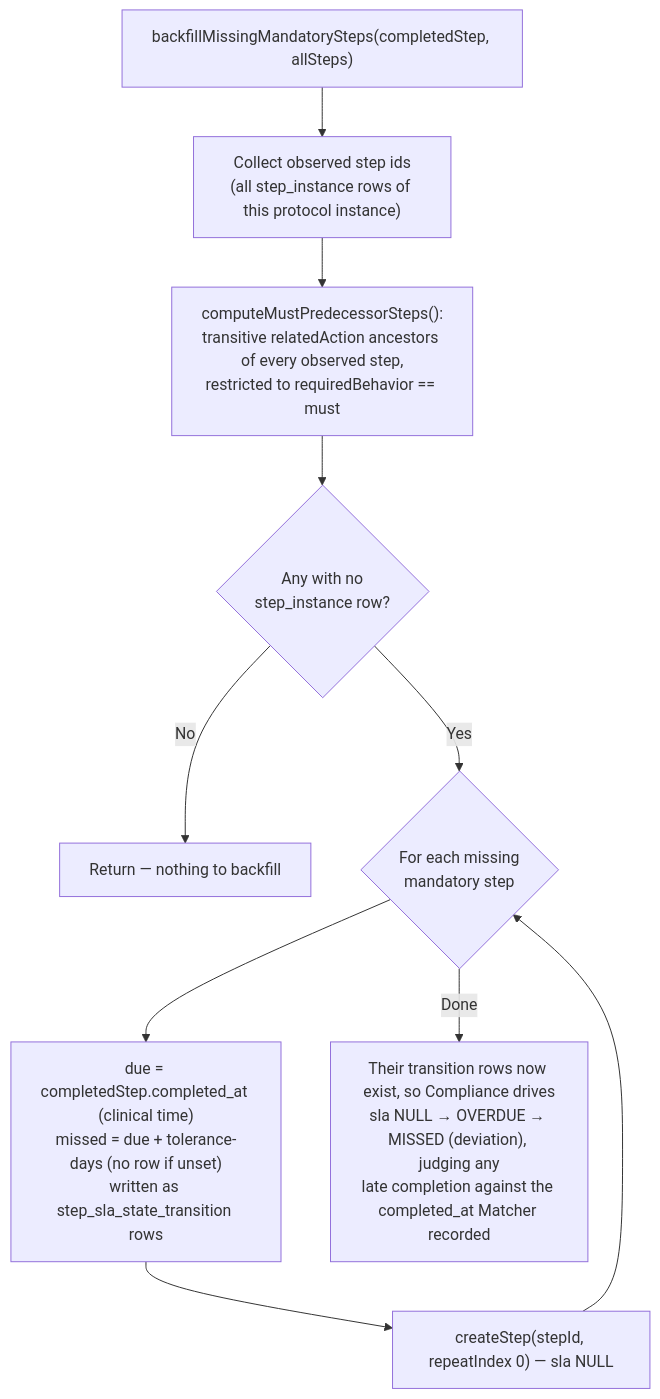
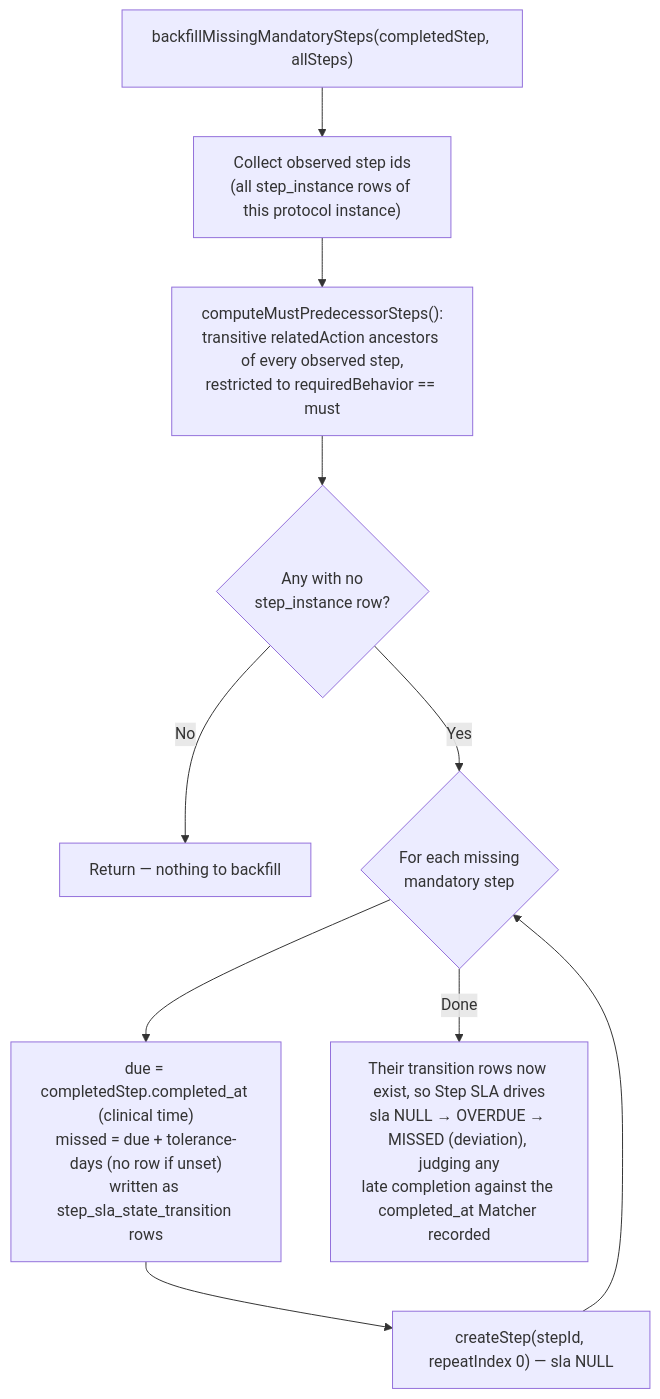
Before and after one commit to Jayaprakash8887/cce-matcher-service: diagram 11 of 11 in docs/flow-diagrams.md, drawn with Mermaid. The commit also changed 9 other files, not shown here.

````diff
--- a/docs/flow-diagrams.md
+++ b/docs/flow-diagrams.md
@@ -488,12 +488,12 @@
 ```mermaid
 flowchart TD
     START["backfillMissingMandatorySteps(completedStep, allSteps)"] --> OBSERVED["Collect observed step ids<br/>(all step_instance rows of this protocol instance)"]
     OBSERVED --> PRED["computeMustPredecessorSteps():<br/>transitive relatedAction ancestors of every observed step,<br/>restricted to requiredBehavior == must"]
     PRED --> MISSING{"Any with no<br/>step_instance row?"}
     MISSING -->|"No"| DONE["Return — nothing to backfill"]
     MISSING -->|"Yes"| LOOP{"For each missing<br/>mandatory step"}
     LOOP --> DATES["due = completedStep.completed_at (clinical time)<br/>missed = due + tolerance-days (no row if unset)<br/>written as step_sla_state_transition rows"]
     DATES --> CREATE["createStep(stepId, repeatIndex 0) — sla NULL"]
     CREATE --> LOOP
-    LOOP -->|"Done"| DONE2["Their transition rows now exist, so Compliance drives<br/>sla NULL → OVERDUE → MISSED (deviation), judging any<br/>late completion against the completed_at Matcher recorded"]
+    LOOP -->|"Done"| DONE2["Their transition rows now exist, so Step SLA drives<br/>sla NULL → OVERDUE → MISSED (deviation), judging any<br/>late completion against the completed_at Matcher recorded"]
 ```
````
